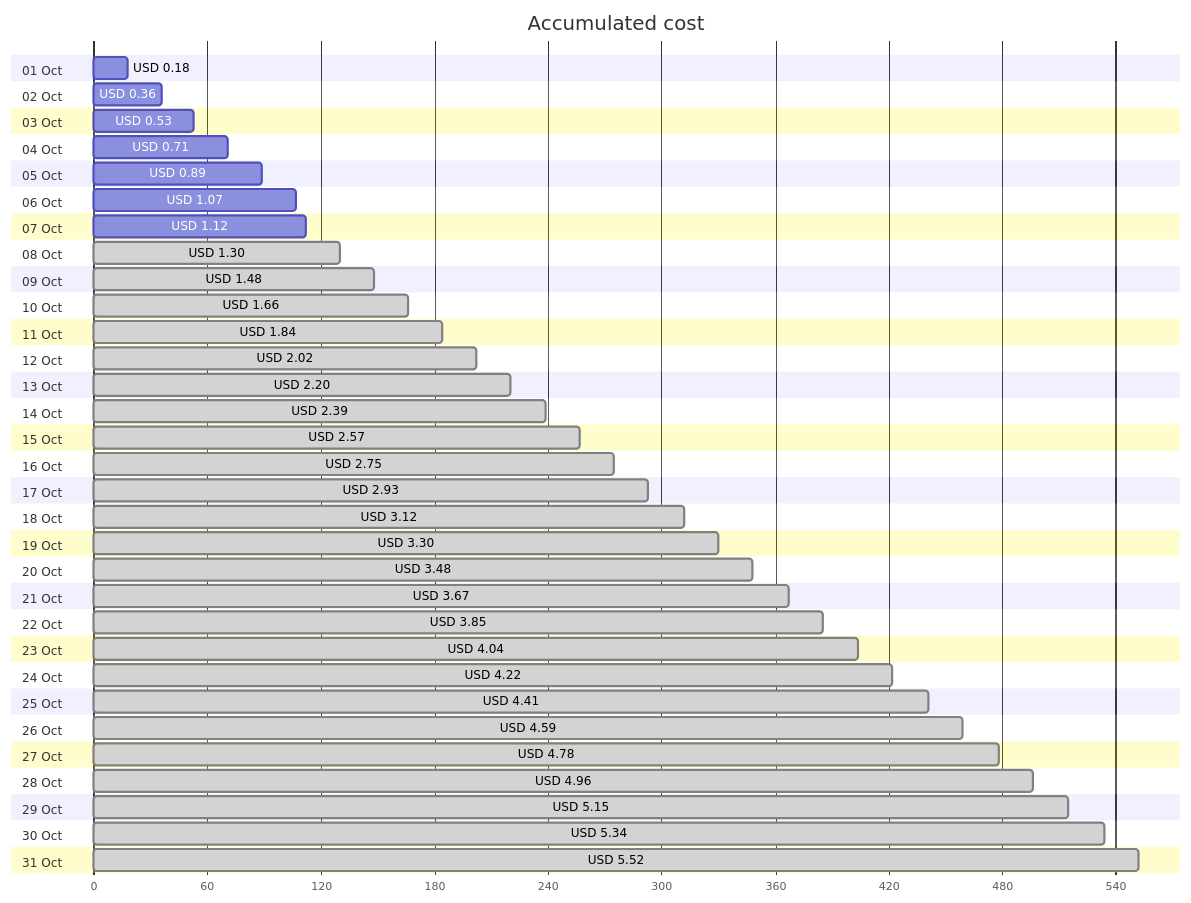
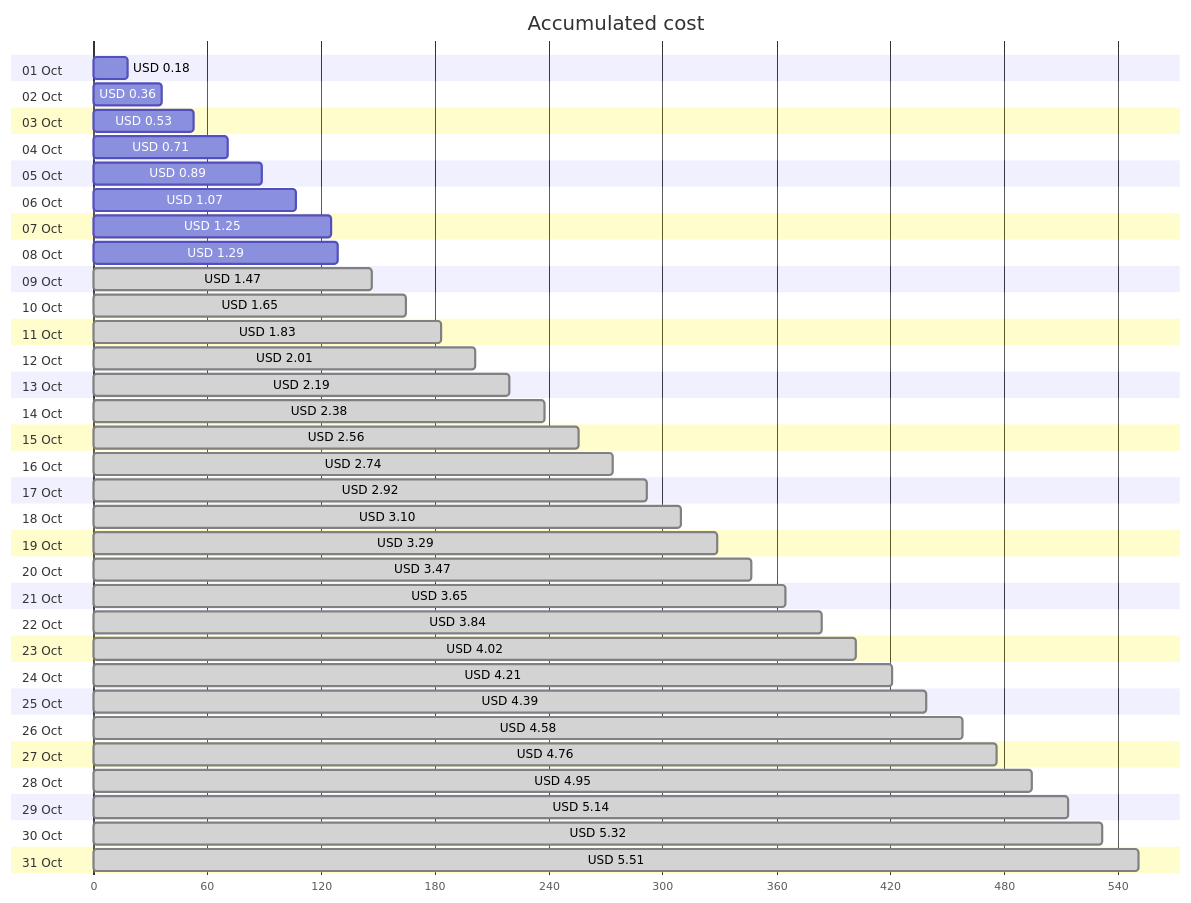
Before and after one commit to jpfulton/azure-personal-reports: the first of 4 diagrams in cost-reports/personal-network/backup-server.md, drawn with Mermaid. The commit also changed other lines of this file and 8 other files, not shown here.

````diff
--- a/cost-reports/personal-network/backup-server.md
+++ b/cost-reports/personal-network/backup-server.md
@@ -20,68 +20,68 @@
 ```mermaid
 gantt
    title Accumulated cost
    dateFormat  X
    axisFormat %s
    section 01 Oct
    USD 0.18 :0, 18
    section 02 Oct
    USD 0.36 :0, 36
    section 03 Oct
    USD 0.53 :0, 53
    section 04 Oct
    USD 0.71 :0, 71
    section 05 Oct
    USD 0.89 :0, 89
    section 06 Oct
    USD 1.07 :0, 107
    section 07 Oct
-   USD 1.12 :0, 112
+   USD 1.25 :0, 125
    section 08 Oct
-   USD 1.30 : done, 0, 130
+   USD 1.29 :0, 129
    section 09 Oct
-   USD 1.48 : done, 0, 148
+   USD 1.47 : done, 0, 147
    section 10 Oct
-   USD 1.66 : done, 0, 166
+   USD 1.65 : done, 0, 165
    section 11 Oct
-   USD 1.84 : done, 0, 184
+   USD 1.83 : done, 0, 183
    section 12 Oct
-   USD 2.02 : done, 0, 202
+   USD 2.01 : done, 0, 201
    section 13 Oct
-   USD 2.20 : done, 0, 220
+   USD 2.19 : done, 0, 219
    section 14 Oct
-   USD 2.39 : done, 0, 239
+   USD 2.38 : done, 0, 238
    section 15 Oct
-   USD 2.57 : done, 0, 257
+   USD 2.56 : done, 0, 256
    section 16 Oct
-   USD 2.75 : done, 0, 275
+   USD 2.74 : done, 0, 274
    section 17 Oct
-   USD 2.93 : done, 0, 293
+   USD 2.92 : done, 0, 292
    section 18 Oct
-   USD 3.12 : done, 0, 312
+   USD 3.10 : done, 0, 310
    section 19 Oct
-   USD 3.30 : done, 0, 330
+   USD 3.29 : done, 0, 329
    section 20 Oct
-   USD 3.48 : done, 0, 348
+   USD 3.47 : done, 0, 347
    section 21 Oct
-   USD 3.67 : done, 0, 367
+   USD 3.65 : done, 0, 365
    section 22 Oct
-   USD 3.85 : done, 0, 385
+   USD 3.84 : done, 0, 384
    section 23 Oct
-   USD 4.04 : done, 0, 404
+   USD 4.02 : done, 0, 402
    section 24 Oct
-   USD 4.22 : done, 0, 422
+   USD 4.21 : done, 0, 421
    section 25 Oct
-   USD 4.41 : done, 0, 441
+   USD 4.39 : done, 0, 439
    section 26 Oct
-   USD 4.59 : done, 0, 459
+   USD 4.58 : done, 0, 458
    section 27 Oct
-   USD 4.78 : done, 0, 478
+   USD 4.76 : done, 0, 476
    section 28 Oct
-   USD 4.96 : done, 0, 496
+   USD 4.95 : done, 0, 495
    section 29 Oct
-   USD 5.15 : done, 0, 515
+   USD 5.14 : done, 0, 514
    section 30 Oct
-   USD 5.34 : done, 0, 534
+   USD 5.32 : done, 0, 532
    section 31 Oct
-   USD 5.52 : done, 0, 552
+   USD 5.51 : done, 0, 551
 ```
````
